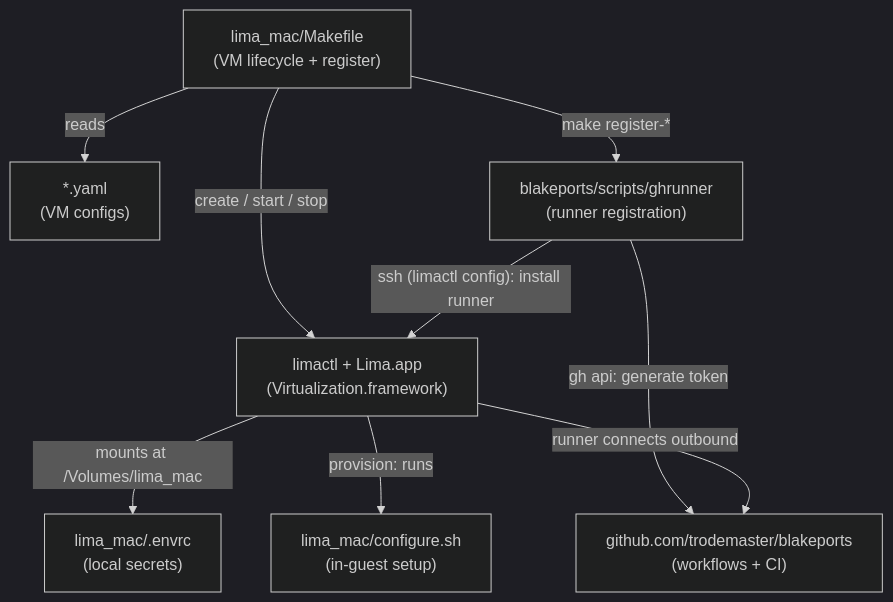
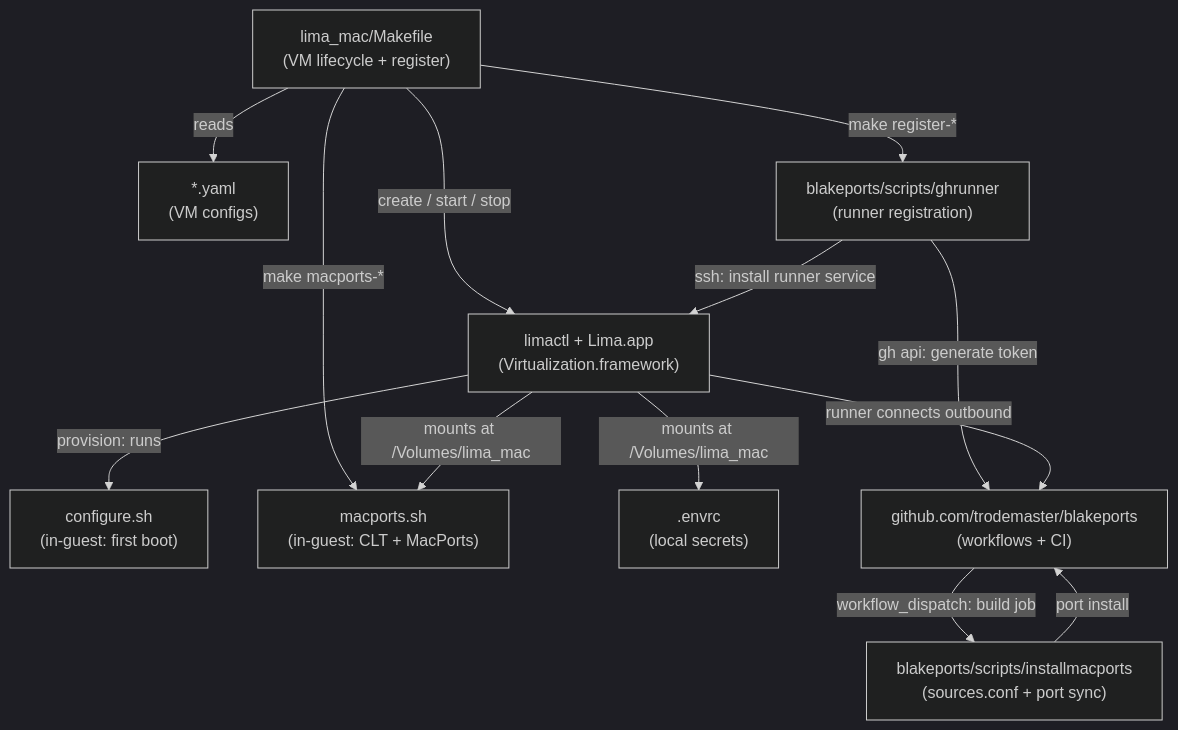
The diagram in README.md (trodemaster/lima_mac), drawn with Mermaid (dark theme) before and after one commit. The commit also changed other lines of this file, not shown here.

First line of the commit message:
Update README with macports.sh workflow and current system state

````diff
--- a/README.md
+++ b/README.md
@@ -35,19 +36,25 @@
 ```mermaid
 flowchart TD
     Makefile["lima_mac/Makefile\n(VM lifecycle + register)"]
-    configure["lima_mac/configure.sh\n(in-guest setup)"]
-    envrc["lima_mac/.envrc\n(local secrets)"]
+    configure["configure.sh\n(in-guest: first boot)"]
+    macports["macports.sh\n(in-guest: CLT + MacPorts)"]
+    envrc[".envrc\n(local secrets)"]
     yamls["*.yaml\n(VM configs)"]
     limact["limactl + Lima.app\n(Virtualization.framework)"]
     ghrunner["blakeports/scripts/ghrunner\n(runner registration)"]
+    installmacports["blakeports/scripts/installmacports\n(sources.conf + port sync)"]
     gh["github.com/trodemaster/blakeports\n(workflows + CI)"]
 
     Makefile -->|"create / start / stop"| limact
     Makefile -->|reads| yamls
+    Makefile -->|"make macports-*"| macports
     Makefile -->|"make register-*"| ghrunner
-    limact -->|mounts at /Volumes/lima_mac| envrc
+    limact -->|"mounts at /Volumes/lima_mac"| envrc
+    limact -->|"mounts at /Volumes/lima_mac"| macports
     limact -->|"provision: runs"| configure
     ghrunner -->|"gh api: generate token"| gh
-    ghrunner -->|"ssh (limactl config): install runner"| limact
+    ghrunner -->|"ssh: install runner service"| limact
     limact -->|"runner connects outbound"| gh
+    gh -->|"workflow_dispatch: build job"| installmacports
+    installmacports -->|"port install"| gh
 ```
````
